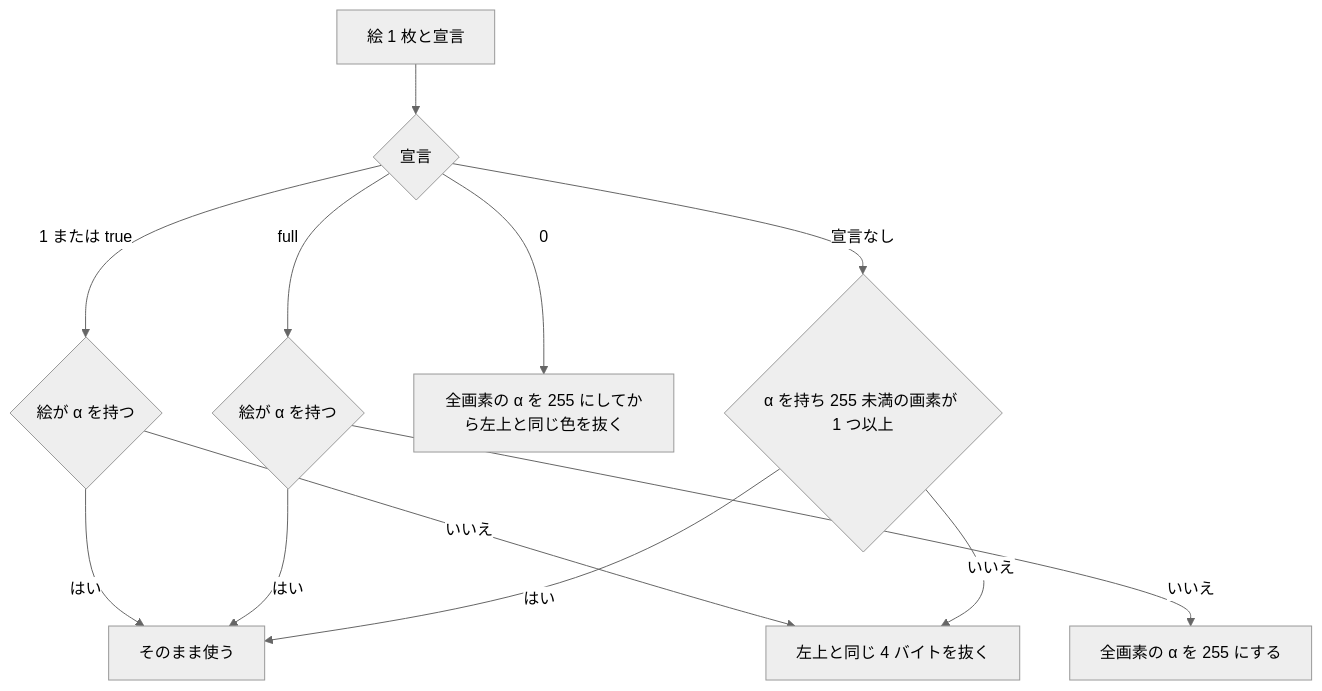
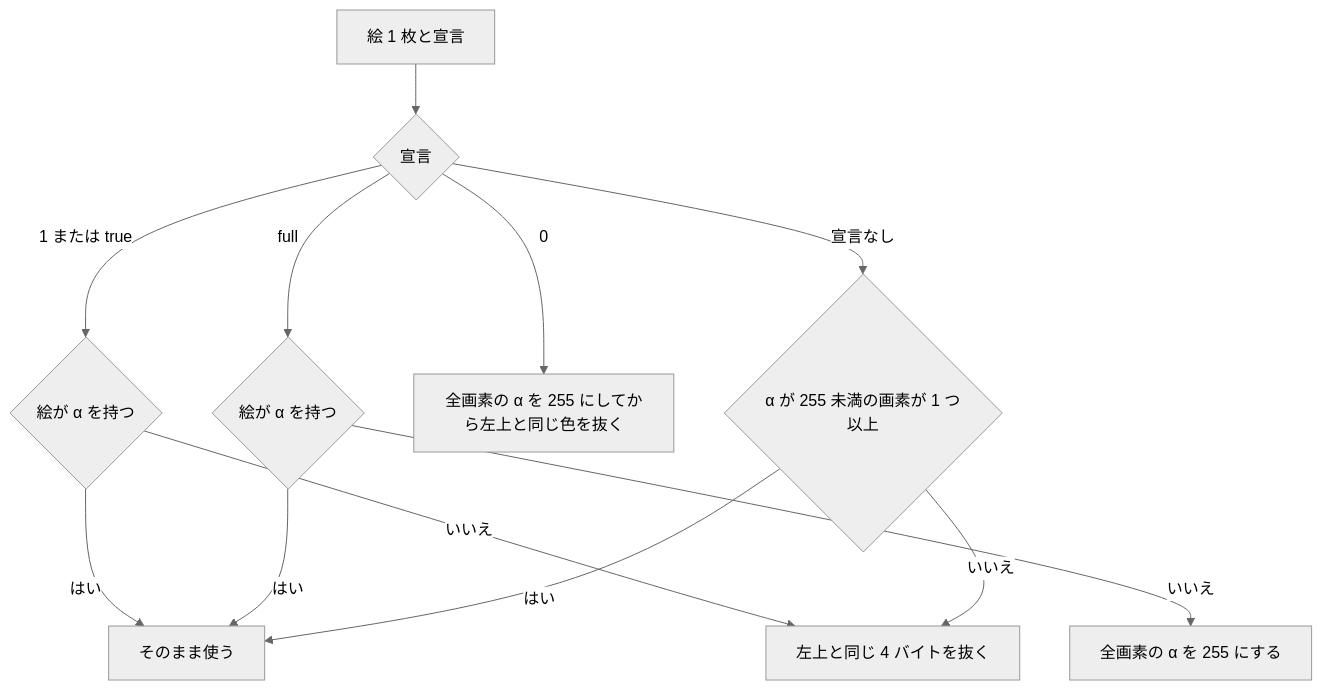
The second of 2 diagrams in .kiro/specs/areka-P0-self-alpha-declaration/design.md (ekicyou/areka), drawn with Mermaid (neutral theme) before and after one commit. The commit also changed other lines of this file and 1 other file, not shown here.

````diff
--- a/.kiro/specs/areka-P0-self-alpha-declaration/design.md
+++ b/.kiro/specs/areka-P0-self-alpha-declaration/design.md
@@ -173,14 +174,14 @@
 ```mermaid
 flowchart TD
     Start[絵 1 枚と宣言] --> D{宣言}
     D -->|1 または true| OnA{絵が α を持つ}
     OnA -->|はい| Keep[そのまま使う]
     OnA -->|いいえ| Key[左上と同じ 4 バイトを抜く]
     D -->|full| FullA{絵が α を持つ}
     FullA -->|はい| Keep
     FullA -->|いいえ| Opaque[全画素の α を 255 にする]
     D -->|0| Off[全画素の α を 255 にしてから左上と同じ色を抜く]
-    D -->|宣言なし| AutoA{α を持ち 255 未満の画素が 1 つ以上}
+    D -->|宣言なし| AutoA{α が 255 未満の画素が 1 つ以上}
     AutoA -->|はい| Keep
     AutoA -->|いいえ| Key
 ```
````
